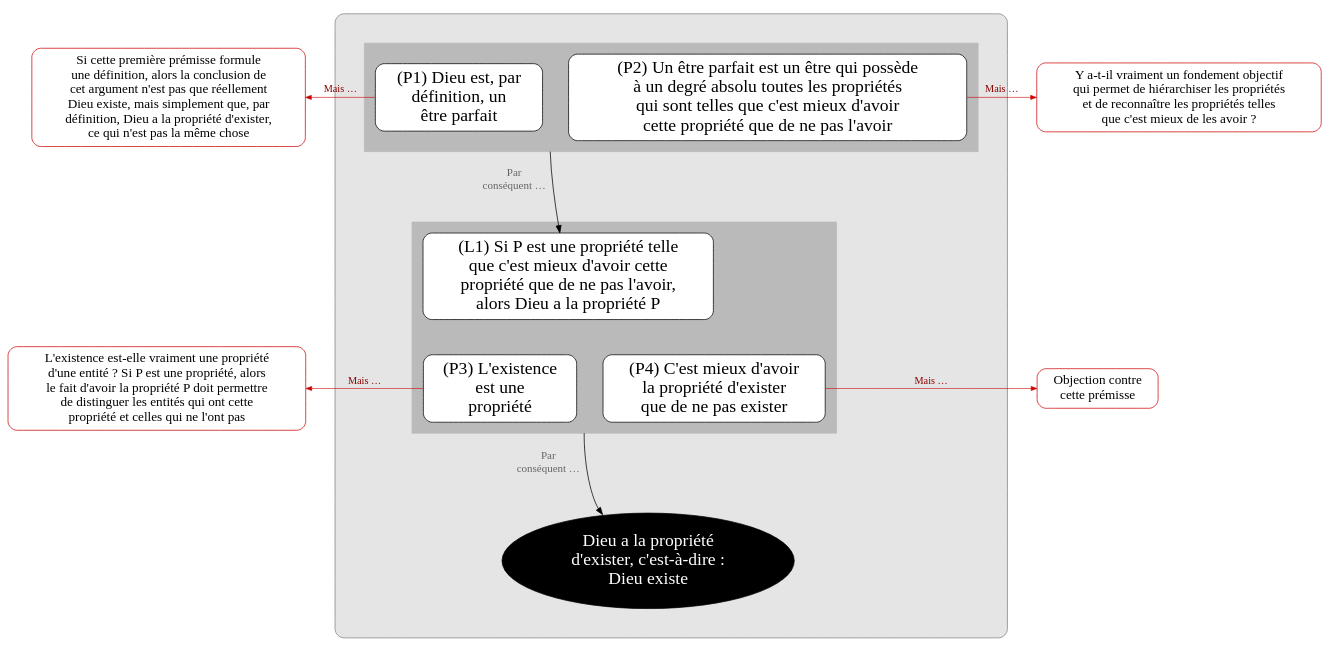
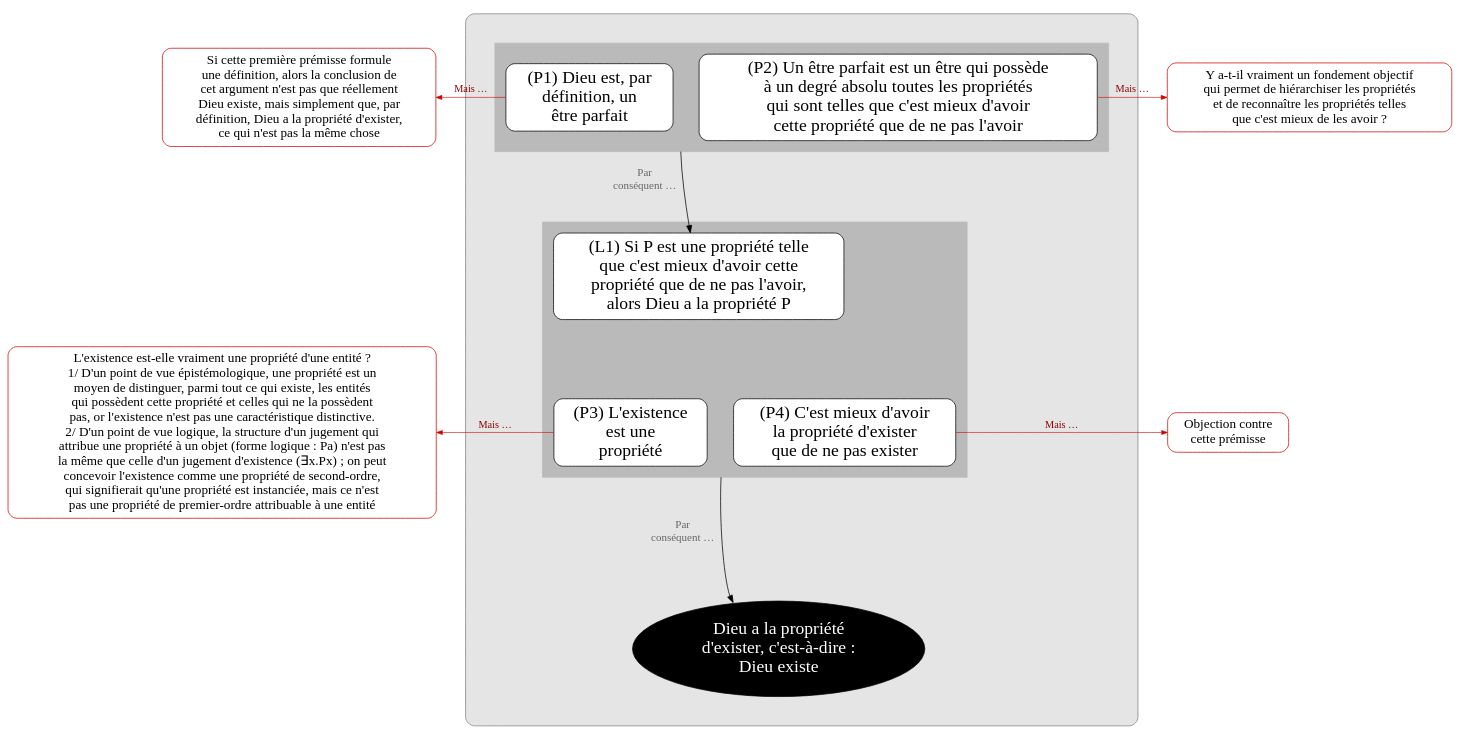
One commit to eyssette/graphviz-examples changed the diagram in argument/argument-ontologique1.dot. Above: the diagram before and after it, drawn with Graphviz.

```diff
--- a/argument/argument-ontologique1.dot
+++ b/argument/argument-ontologique1.dot
@@ -1,103 +1,109 @@
 digraph G {
 splines=true
 newrank=true
 compound=true
 
 
 node[color=red3, style="rounded, filled", shape="box", fillcolor=white, penwidth=1, fontcolor=black, fontsize=18, margin=0.1]
 o1[label="Si cette première prémisse formule
 une définition, alors la conclusion de
 cet argument n'est pas que réellement
 Dieu existe, mais simplement que, par 
 définition, Dieu a la propriété d'exister,
 ce qui n'est pas la même chose"]
-o3[label="L'existence est-elle vraiment une propriété
-d'une entité ? Si P est une propriété, alors
-le fait d'avoir la propriété P doit permettre
-de distinguer les entités qui ont cette
-propriété et celles qui ne l'ont pas"]
+o3[label="L'existence est-elle vraiment une propriété d'une entité ?
+1/ D'un point de vue épistémologique, une propriété est un
+moyen de distinguer, parmi tout ce qui existe, les entités
+qui possèdent cette propriété et celles qui ne la possèdent
+pas, or l'existence n'est pas une caractéristique distinctive.
+2/ D'un point de vue logique, la structure d'un jugement qui
+attribue une propriété à un objet (forme logique : Pa) n'est pas
+la même que celle d'un jugement d'existence (∃x.Px) ; on peut
+concevoir l'existence comme une propriété de second-ordre,
+qui signifierait qu'une propriété est instanciée, mais ce n'est
+pas une propriété de premier-ordre attribuable à une entité"]
 
 node[shape=box, fillcolor=white, style="filled,rounded", color=black, fontsize=24, penwidth=1,fontcolor=black, margin=0.1]
 
 edge[minlen=2,color=red3, penwidth=0.8, arrowsize=0.8, label=" Mais …", fontcolor=red4,fontsize=14]
 {rank=same;o1->p1[dir=back]}
 {rank=same;o3->p3[dir=back]}
 
 subgraph cluster_0 {
 bgcolor=grey90
 style=rounded
 color=grey50
 margin=40
 
 
 
 node[shape=box, fillcolor=white, style="filled,rounded", color=black]
 edge[label="",xlabel="Par
 conséquent …",fontcolor=grey40;fontsize=15,minlen=3,color=black,penwidth=1, arrowsize=1]
 
 
 
 subgraph cluster_1 {
 style="box"
 margin=15
 bgcolor=grey73
 color=grey73
 p1[label="(P1) Dieu est, par
 définition, un
 être parfait"]
 
 p2[label="(P2) Un être parfait est un être qui possède
 à un degré absolu toutes les propriétés
 qui sont telles que c'est mieux d'avoir
 cette propriété que de ne pas l'avoir"]
 }
 
 
 subgraph cluster_2 {
 style="box"
 margin=15
 bgcolor=grey73
 color=grey73
 l1[label="(L1) Si P est une propriété telle
 que c'est mieux d'avoir cette
 propriété que de ne pas l'avoir,
 alors Dieu a la propriété P"]
 p3[label="(P3) L'existence
 est une
 propriété"]
 p4[label="(P4) C'est mieux d'avoir
 la propriété d'exister
 que de ne pas exister"]
 }
 
 
 {rank=same;p1->p2[style=invis,xlabel="",minlen=1]}
 l1->{p3,p4}[style=invis,xlabel="",minlen=1]
 {rank=same;p3->p4[style=invis,xlabel="",minlen=1]}
 
 p2:w->l1[ltail=cluster_1]
 
 p4:w->C:nw[ltail=cluster_2]
 
 vide1[style=invis]
 {rank=same;vide1->C[style=invis, minlen=3]}
 
 C[label="Dieu a la propriété
 d'exister, c'est-à-dire :
 Dieu existe",fillcolor=black, fontcolor=white, color=black, shape=ellipse]
 
 
 }
 
 node[color=red3, style="rounded, filled", shape="box", fillcolor=white, penwidth=1, fontcolor=black, fontsize=18, margin=0.1]
 
 o2[label="Y a-t-il vraiment un fondement objectif
 qui permet de hiérarchiser les propriétés
 et de reconnaître les propriétés telles
 que c'est mieux de les avoir ?"]
 {rank=same;p2->o2}
 o4[label="Objection contre
 cette prémisse"]
 {rank=same;p4->o4}
 
 }
```
